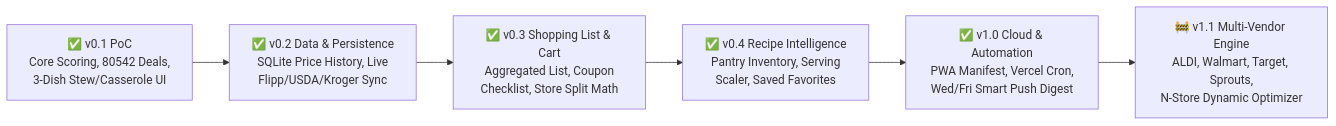
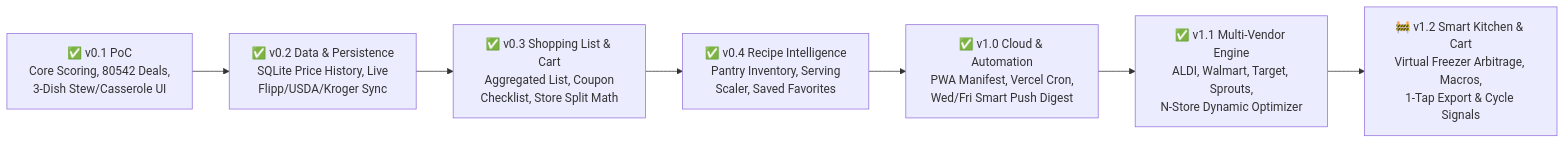
Before and after one commit to kchavez05/produce-price-tracker: the diagram in ROADMAP.md, drawn with Mermaid. The commit also changed other lines of this file and 1 other file, not shown here.

Commit message:
docs: establish Milestone v1.2 Smart Kitchen, Virtual Freezer & Cart Bridge in ROADMAP.md and CHANGELOG.md

````diff
--- a/ROADMAP.md
+++ b/ROADMAP.md
@@ -5,8 +5,9 @@
 ```mermaid
 flowchart LR
     M0["✅ v0.1 PoC\nCore Scoring, 80542 Deals,\n3-Dish Stew/Casserole UI"] --> M1["✅ v0.2 Data & Persistence\nSQLite Price History, Live\nFlipp/USDA/Kroger Sync"]
     M1 --> M2["✅ v0.3 Shopping List & Cart\nAggregated List, Coupon\nChecklist, Store Split Math"]
     M2 --> M3["✅ v0.4 Recipe Intelligence\nPantry Inventory, Serving\nScaler, Saved Favorites"]
     M3 --> M4["✅ v1.0 Cloud & Automation\nPWA Manifest, Vercel Cron,\nWed/Fri Smart Push Digest"]
-    M4 --> M5["🚧 v1.1 Multi-Vendor Engine\nALDI, Walmart, Target, Sprouts,\nN-Store Dynamic Optimizer"]
+    M4 --> M5["✅ v1.1 Multi-Vendor Engine\nALDI, Walmart, Target, Sprouts,\nN-Store Dynamic Optimizer"]
+    M5 --> M6["🚧 v1.2 Smart Kitchen & Cart\nVirtual Freezer Arbitrage, Macros,\n1-Tap Export & Cycle Signals"]
 ```
````
